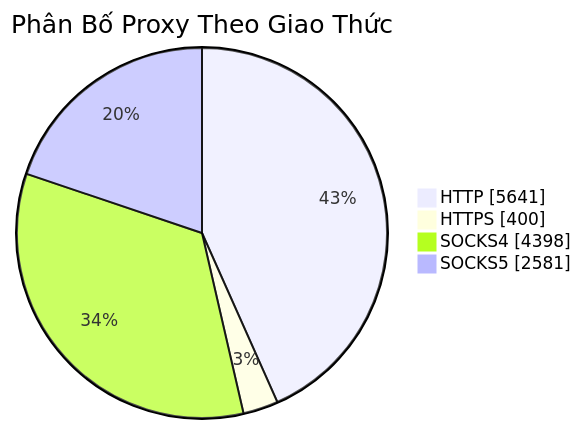
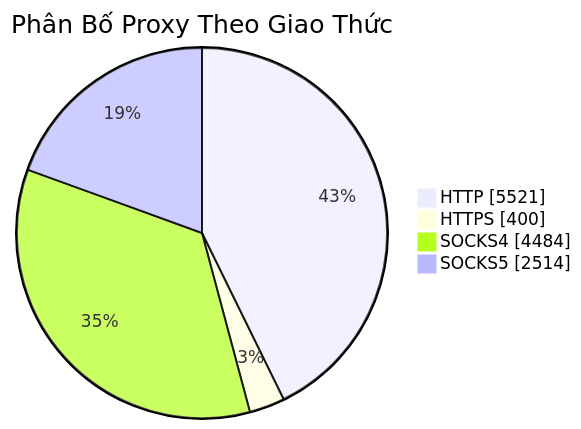
One commit to Ciara-Aa/PROXY-free changed the diagram in README.md. Above: the diagram before and after it, drawn with Mermaid. The commit also changed other lines of this file and 4 other files, not shown here.

````diff
--- a/README.md
+++ b/README.md
@@ -26,7 +26,7 @@
 ```mermaid
 pie showData title Phân Bố Proxy Theo Giao Thức
-    "HTTP" : 5641
+    "HTTP" : 5521
     "HTTPS" : 400
-    "SOCKS4" : 4398
-    "SOCKS5" : 2581
+    "SOCKS4" : 4484
+    "SOCKS5" : 2514
 ```
````
